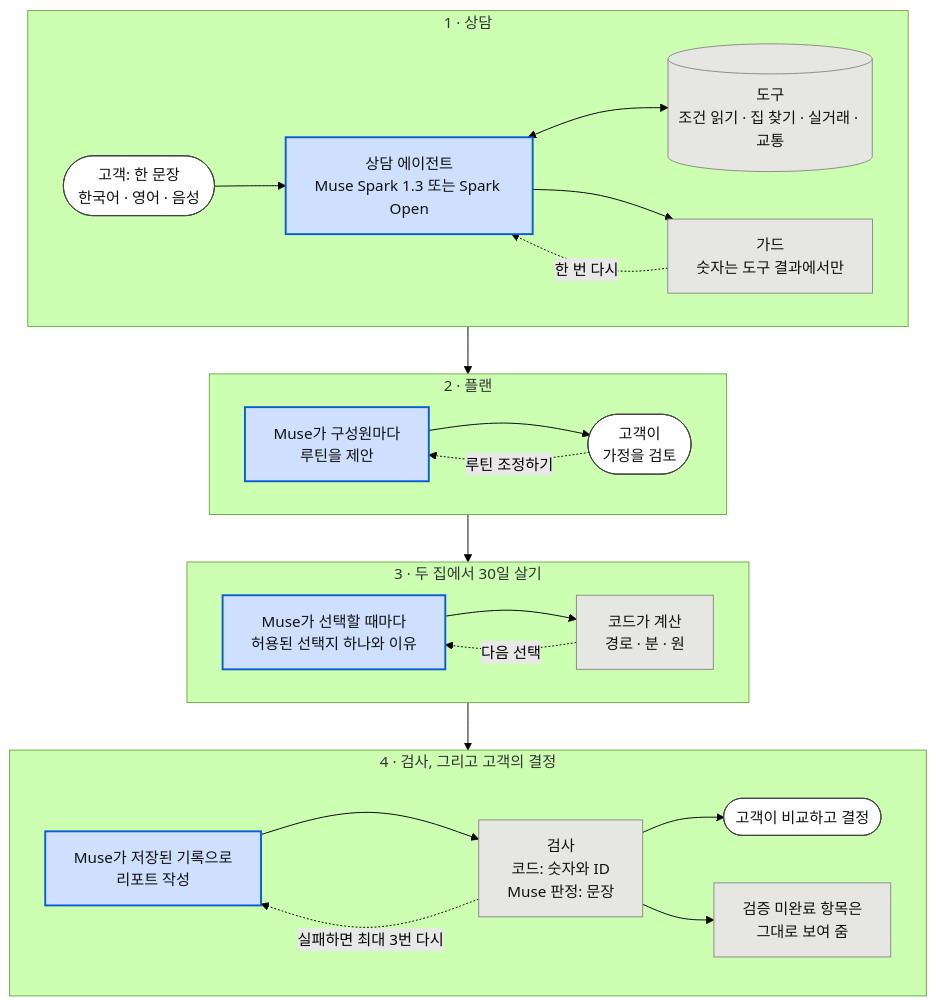
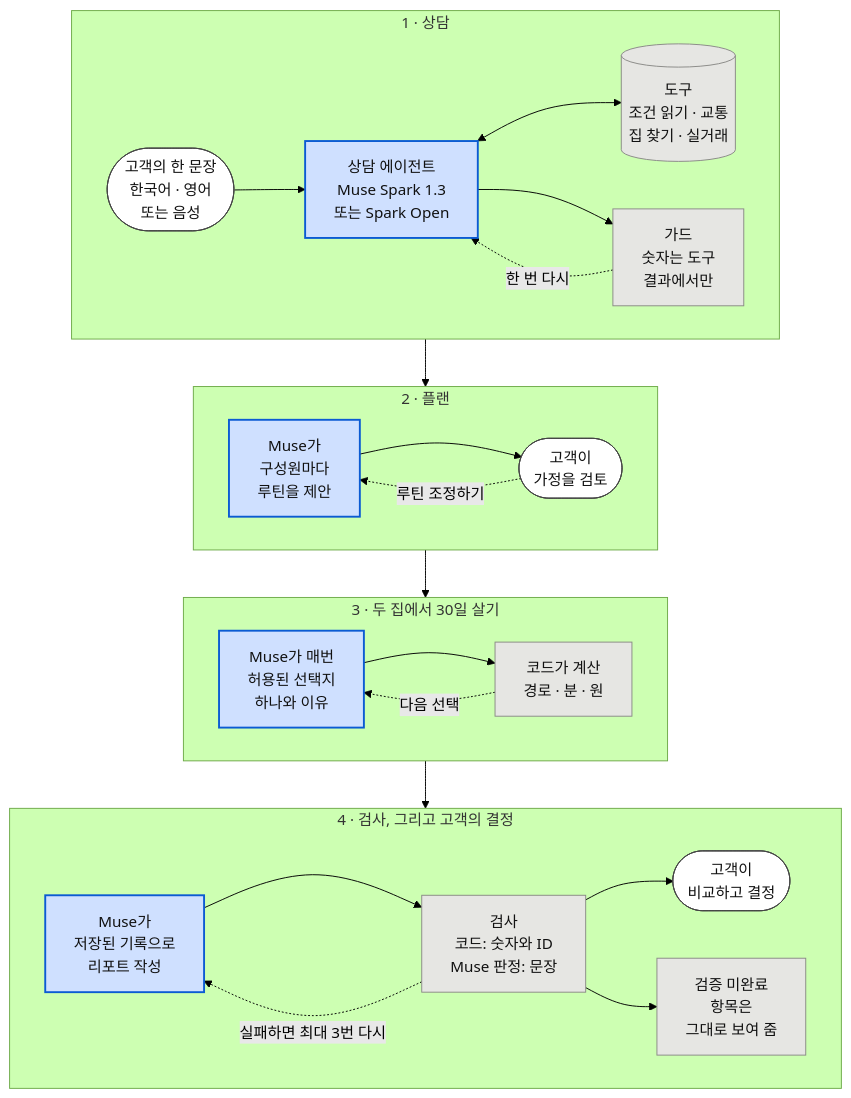
Before and after one commit to halo-sw/ithaca: the diagram in docs/agent-workflow.ko.mmd, drawn with Mermaid (forest theme). The commit also changed 3 other files, not shown here.

Commit message:
docs: agent chart labels on short lines so no word breaks inside a box

```diff
--- a/docs/agent-workflow.ko.mmd
+++ b/docs/agent-workflow.ko.mmd
@@ -1,32 +1,32 @@
 flowchart TB
   subgraph S1["1 · 상담"]
     direction LR
-    U(["고객: 한 문장<br/>한국어 · 영어 · 음성"]) --> A["상담 에이전트<br/>Muse Spark 1.3 또는 Spark Open"]
-    A <--> T[("도구<br/>조건 읽기 · 집 찾기 · 실거래 · 교통")]
-    A --> G["가드<br/>숫자는 도구 결과에서만"]
+    U(["고객의 한 문장<br/>한국어 · 영어<br/>또는 음성"]) --> A["상담 에이전트<br/>Muse Spark 1.3<br/>또는 Spark Open"]
+    A <--> T[("도구<br/>조건 읽기 · 교통<br/>집 찾기 · 실거래")]
+    A --> G["가드<br/>숫자는 도구<br/>결과에서만"]
     G -. "한 번 다시" .-> A
   end
   subgraph S2["2 · 플랜"]
     direction LR
-    H["Muse가 구성원마다<br/>루틴을 제안"] --> F(["고객이<br/>가정을 검토"])
+    H["Muse가<br/>구성원마다<br/>루틴을 제안"] --> F(["고객이<br/>가정을 검토"])
     F -. "루틴 조정하기" .-> H
   end
   subgraph S3["3 · 두 집에서 30일 살기"]
     direction LR
-    D["Muse가 선택할 때마다<br/>허용된 선택지 하나와 이유"] --> E["코드가 계산<br/>경로 · 분 · 원"]
+    D["Muse가 매번<br/>허용된 선택지<br/>하나와 이유"] --> E["코드가 계산<br/>경로 · 분 · 원"]
     E -. "다음 선택" .-> D
   end
   subgraph S4["4 · 검사, 그리고 고객의 결정"]
     direction LR
-    P["Muse가 저장된 기록으로<br/>리포트 작성"] --> C["검사<br/>코드: 숫자와 ID<br/>Muse 판정: 문장"]
+    P["Muse가<br/>저장된 기록으로<br/>리포트 작성"] --> C["검사<br/>코드: 숫자와 ID<br/>Muse 판정: 문장"]
     C -. "실패하면 최대 3번 다시" .-> P
-    C --> O(["고객이 비교하고 결정"])
-    C --> N["검증 미완료 항목은<br/>그대로 보여 줌"]
+    C --> O(["고객이<br/>비교하고 결정"])
+    C --> N["검증 미완료<br/>항목은<br/>그대로 보여 줌"]
   end
   S1 --> S2 --> S3 --> S4
   classDef muse fill:#cfe0ff,stroke:#0b5bd3,stroke-width:2px,color:#111
   classDef code fill:#e6e6e3,stroke:#8a8a86,color:#111
   classDef you fill:#ffffff,stroke:#444,color:#111
   class A,H,D,P muse
   class T,G,E,C,N code
   class U,F,O you
```
